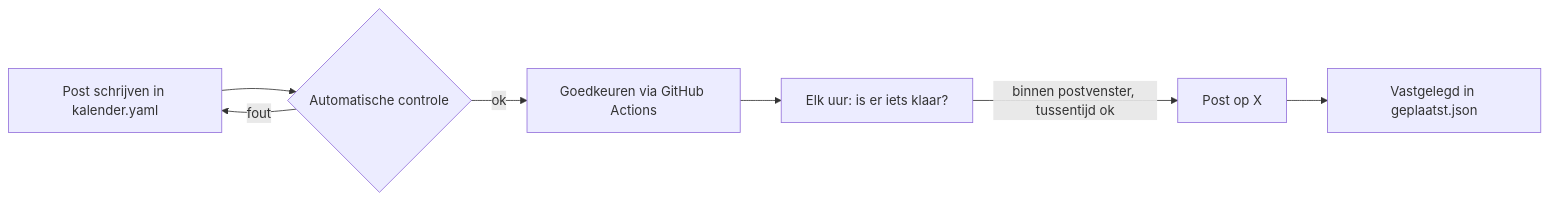
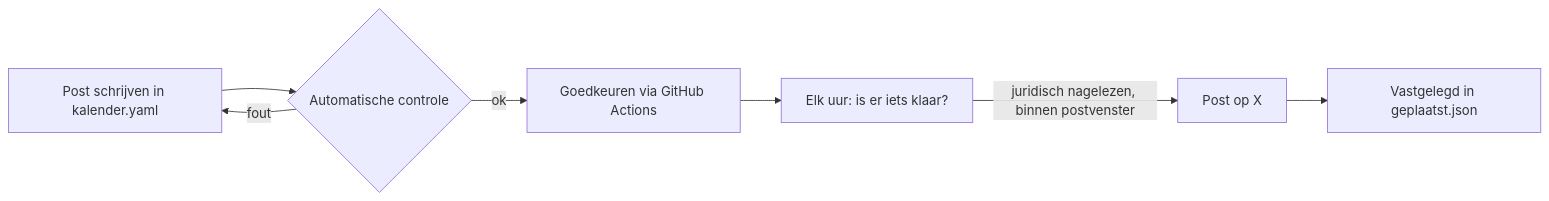
One commit to frederic-ctrl/Crowd-funding changed the diagram in docs/x-promotie.md. Above: the diagram before and after it, drawn with Mermaid. The commit also changed other lines of this file and 78 other files, not shown here.

````diff
--- a/docs/x-promotie.md
+++ b/docs/x-promotie.md
@@ -5,9 +5,9 @@
 ```mermaid
 flowchart LR
   A[Post schrijven in kalender.yaml] --> B{Automatische controle}
   B -- fout --> A
   B -- ok --> C[Goedkeuren via GitHub Actions]
   C --> D[Elk uur: is er iets klaar?]
-  D -- binnen postvenster, tussentijd ok --> E[Post op X]
+  D -- juridisch nagelezen, binnen postvenster --> E[Post op X]
   E --> F[Vastgelegd in geplaatst.json]
 ```
````
